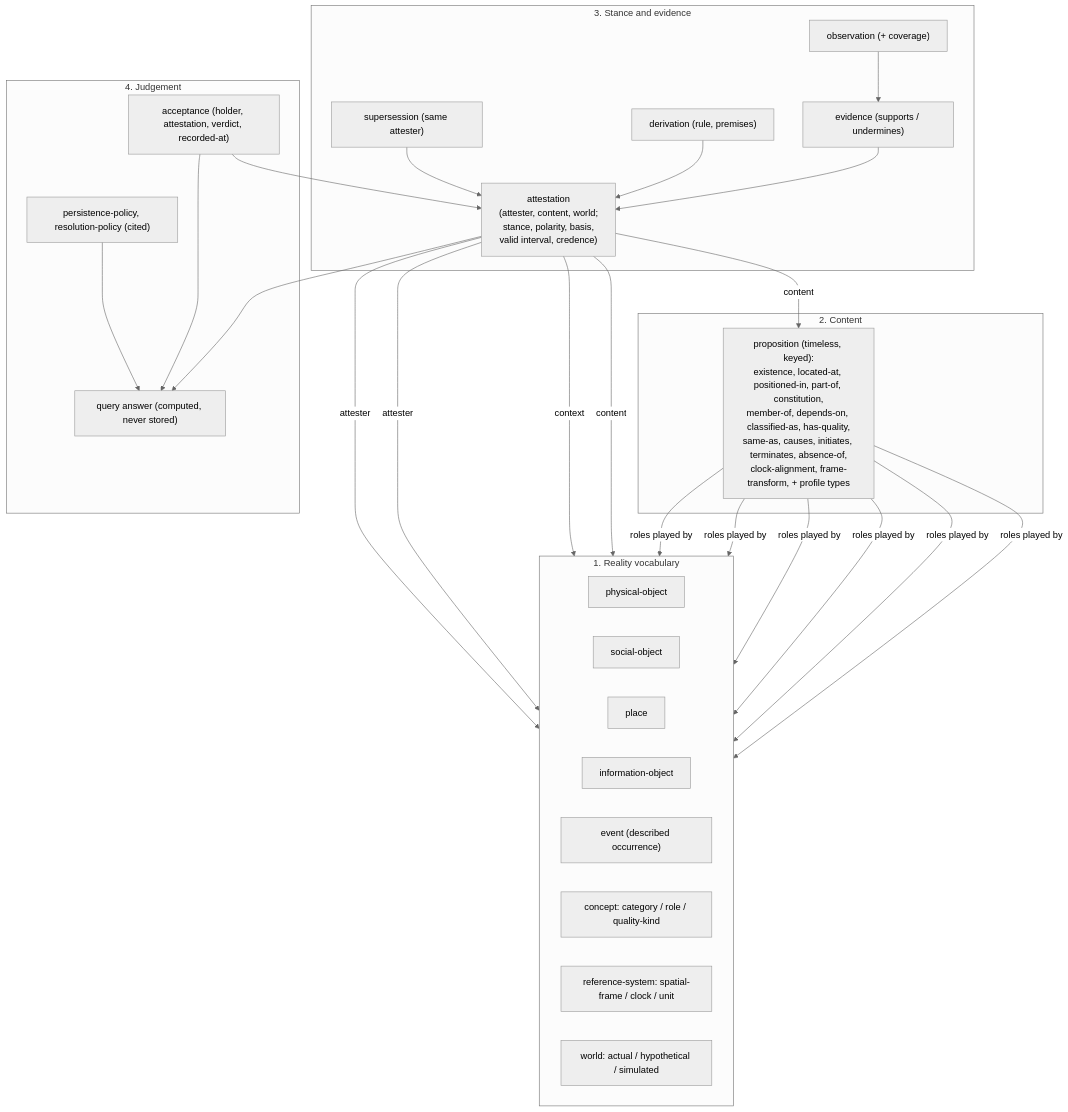
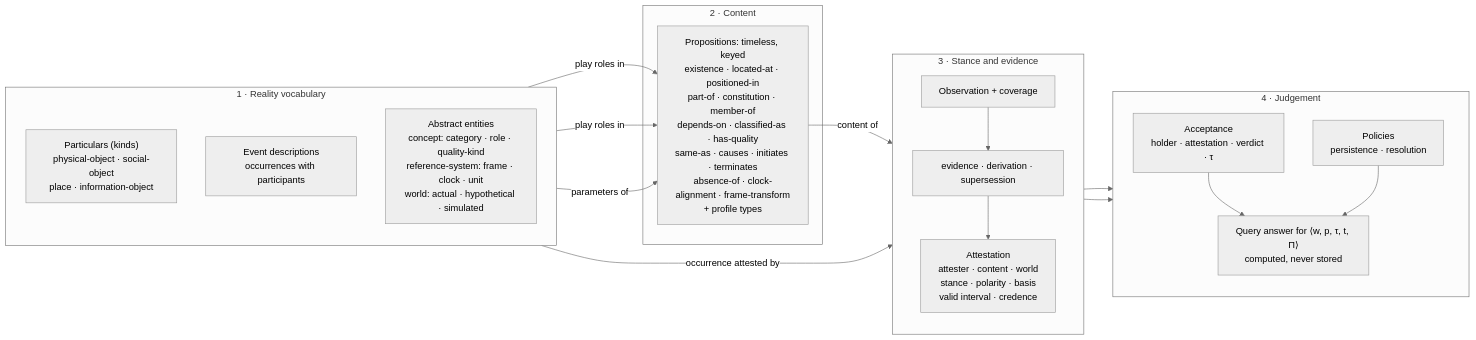
One commit to Calhem/typedb-semantic-world-model changed the first of 2 diagrams in docs/architecture/world-ontology-v0.2.md. Above: the diagram before and after it, drawn with Mermaid (neutral theme).

Commit message:
docs(architecture): redraw the v0.2 conceptual diagram left to right
The first diagram rendered on GitHub with the layers inverted and crossing
edges. Redrawn as four left-to-right layers with grouped nodes.

````diff
--- a/docs/architecture/world-ontology-v0.2.md
+++ b/docs/architecture/world-ontology-v0.2.md
@@ -36,40 +36,34 @@
 ```mermaid
-flowchart TB
-  subgraph R["1. Reality vocabulary"]
-    direction LR
-    PO["physical-object"]
-    SO["social-object"]
-    PL["place"]
-    IO["information-object"]
-    EV["event (described occurrence)"]
-    CO["concept: category / role / quality-kind"]
-    RS["reference-system: spatial-frame / clock / unit"]
-    W["world: actual / hypothetical / simulated"]
+flowchart LR
+  subgraph R["1 · Reality vocabulary"]
+    direction TB
+    K["Particulars (kinds)<br/>physical-object · social-object<br/>place · information-object"]
+    EV["Event descriptions<br/>occurrences with participants"]
+    AB["Abstract entities<br/>concept: category · role · quality-kind<br/>reference-system: frame · clock · unit<br/>world: actual · hypothetical · simulated"]
   end
-  subgraph C["2. Content"]
-    PR["proposition (timeless, keyed):<br/>existence, located-at, positioned-in, part-of, constitution,<br/>member-of, depends-on, classified-as, has-quality,<br/>same-as, causes, initiates, terminates, absence-of,<br/>clock-alignment, frame-transform, + profile types"]
+  subgraph C["2 · Content"]
+    PR["Propositions: timeless, keyed<br/>existence · located-at · positioned-in<br/>part-of · constitution · member-of<br/>depends-on · classified-as · has-quality<br/>same-as · causes · initiates · terminates<br/>absence-of · clock-alignment · frame-transform<br/>+ profile types"]
   end
-  subgraph S["3. Stance and evidence"]
-    AT["attestation<br/>(attester, content, world;<br/>stance, polarity, basis,<br/>valid interval, credence)"]
-    OB["observation (+ coverage)"]
-    EVD["evidence (supports / undermines)"]
-    DE["derivation (rule, premises)"]
-    SU["supersession (same attester)"]
+  subgraph S["3 · Stance and evidence"]
+    direction TB
+    AT["Attestation<br/>attester · content · world<br/>stance · polarity · basis<br/>valid interval · credence"]
+    OB["Observation + coverage"]
+    LK["evidence · derivation · supersession"]
   end
-  subgraph J["4. Judgement"]
-    AC["acceptance (holder, attestation, verdict, recorded-at)"]
-    PO2["persistence-policy, resolution-policy (cited)"]
-    QA["query answer (computed, never stored)"]
+  subgraph J["4 · Judgement"]
+    direction TB
+    AC["Acceptance<br/>holder · attestation · verdict · τ"]
+    PL["Policies<br/>persistence · resolution"]
+    QA["Query answer for ⟨w, p, τ, t, Π⟩<br/>computed, never stored"]
   end
-  PR -- "roles played by" --> PO & SO & PL & IO & EV & CO
-  AT -- content --> PR & EV
-  AT -- context --> W
-  AT -- attester --> PO & SO
-  OB --> EVD --> AT
-  DE --> AT
-  SU --> AT
-  AC --> AT
+  K -->|play roles in| PR
+  EV -->|play roles in| PR
+  AB -->|parameters of| PR
+  PR -->|content of| AT
+  EV -->|occurrence attested by| AT
+  OB --> LK --> AT
+  AT --> AC
   AT --> QA
   AC --> QA
-  PO2 --> QA
+  PL --> QA
 ```
````
